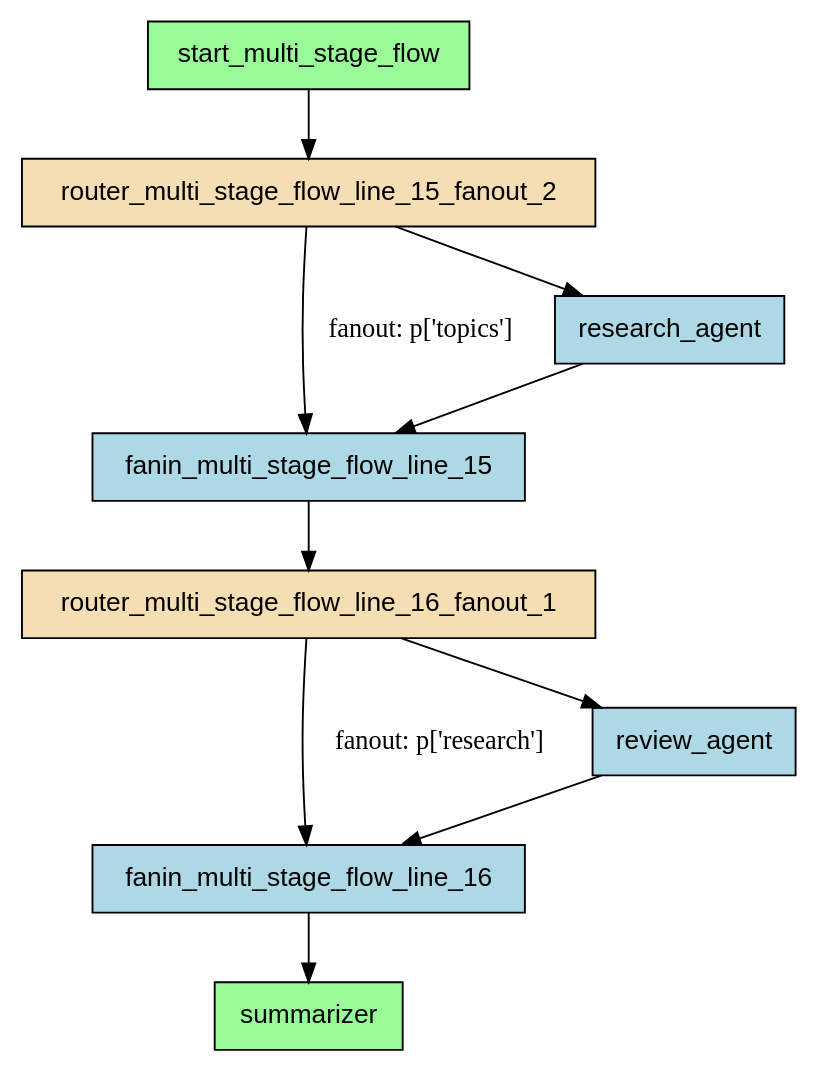
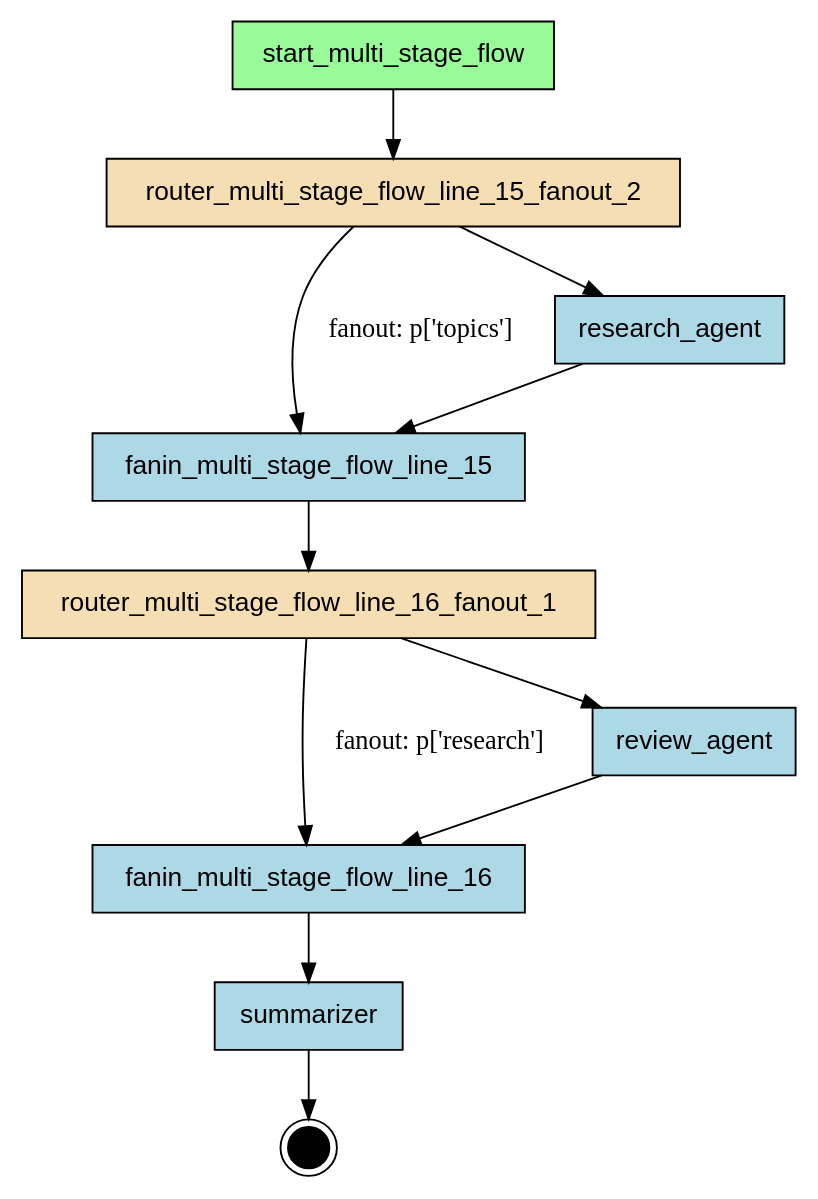
Before and after one commit to deliveryhero/asya: the diagram in examples/flows/compiled/fanout_sequential/flow.dot, drawn with Graphviz. The commit also changed 335 other files, not shown here.

First line of the commit message:
chore: regenerate all compiled flow artifacts

```diff
--- a/examples/flows/compiled/fanout_sequential/flow.dot
+++ b/examples/flows/compiled/fanout_sequential/flow.dot
@@ -1,23 +1,28 @@
-digraph "multi_stage_flow" {
+digraph "fanout_sequential" {
     rankdir=TB;
     node [shape=box, style=filled, fontname="Helvetica"];
+
+    { rank=source; start_multi_stage_flow; }
 
     fanin_multi_stage_flow_line_15 [label="fanin_multi_stage_flow_line_15", fillcolor=lightblue];
     fanin_multi_stage_flow_line_16 [label="fanin_multi_stage_flow_line_16", fillcolor=lightblue];
     research_agent [label="research_agent", fillcolor=lightblue];
     review_agent [label="review_agent", fillcolor=lightblue];
     router_multi_stage_flow_line_15_fanout_2 [label="router_multi_stage_flow_line_15_fanout_2", fillcolor=wheat];
     router_multi_stage_flow_line_16_fanout_1 [label="router_multi_stage_flow_line_16_fanout_1", fillcolor=wheat];
     start_multi_stage_flow [label="start_multi_stage_flow", fillcolor=palegreen];
-    summarizer [label="summarizer", fillcolor=palegreen];
+    summarizer [label="summarizer", fillcolor=lightblue];
+
+    __end__ [label="", shape=doublecircle, fillcolor=black, width=0.3, fixedsize=true];
 
     start_multi_stage_flow -> router_multi_stage_flow_line_15_fanout_2;
     router_multi_stage_flow_line_16_fanout_1 -> fanin_multi_stage_flow_line_16 [label="fanout: p['research']"];
     fanin_multi_stage_flow_line_16 -> summarizer;
     router_multi_stage_flow_line_16_fanout_1 -> review_agent;
     review_agent -> fanin_multi_stage_flow_line_16;
     router_multi_stage_flow_line_15_fanout_2 -> fanin_multi_stage_flow_line_15 [label="fanout: p['topics']"];
     fanin_multi_stage_flow_line_15 -> router_multi_stage_flow_line_16_fanout_1;
     router_multi_stage_flow_line_15_fanout_2 -> research_agent;
     research_agent -> fanin_multi_stage_flow_line_15;
+    summarizer -> __end__;
 }
```
